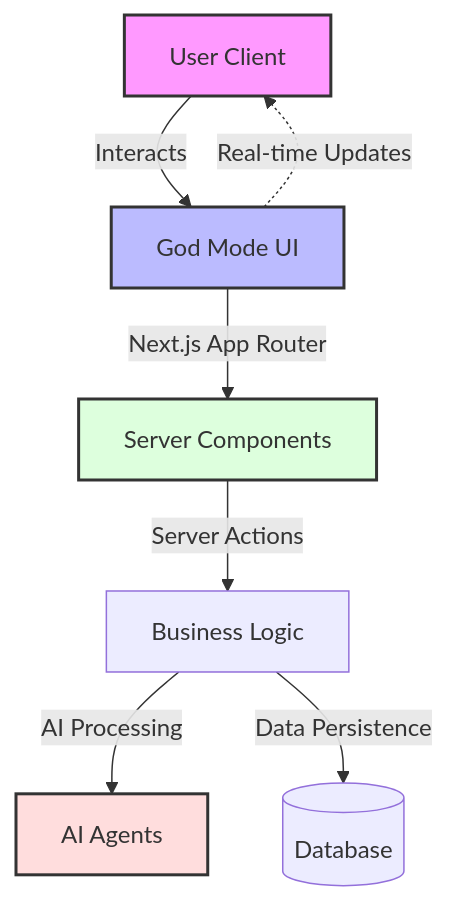
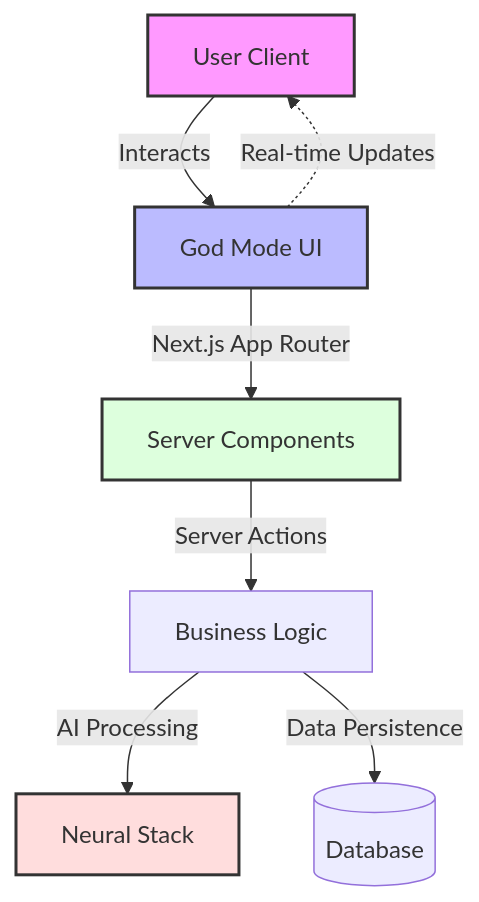
One commit to parmarjh/Awazdo. changed the diagram in README.md. Above: the diagram before and after it, drawn with Mermaid. The commit also changed other lines of this file, not shown here.

````diff
--- a/README.md
+++ b/README.md
@@ -23,13 +71,13 @@
 ```mermaid
 graph TD
     Client[User Client] -->|Interacts| UI[God Mode UI]
     UI -->|Next.js App Router| Server[Server Components]
     Server -->|Server Actions| Logic[Business Logic]
-    Logic -->|AI Processing| Agents[AI Agents]
+    Logic -->|AI Processing| Agents[Neural Stack]
     Logic -->|Data Persistence| DB[(Database)]
     UI -.->|Real-time Updates| Client
     style Client fill:#f9f,stroke:#333,stroke-width:2px
     style UI fill:#bbf,stroke:#333,stroke-width:2px
     style Server fill:#dfd,stroke:#333,stroke-width:2px
     style Agents fill:#fdd,stroke:#333,stroke-width:2px
 ```
````
